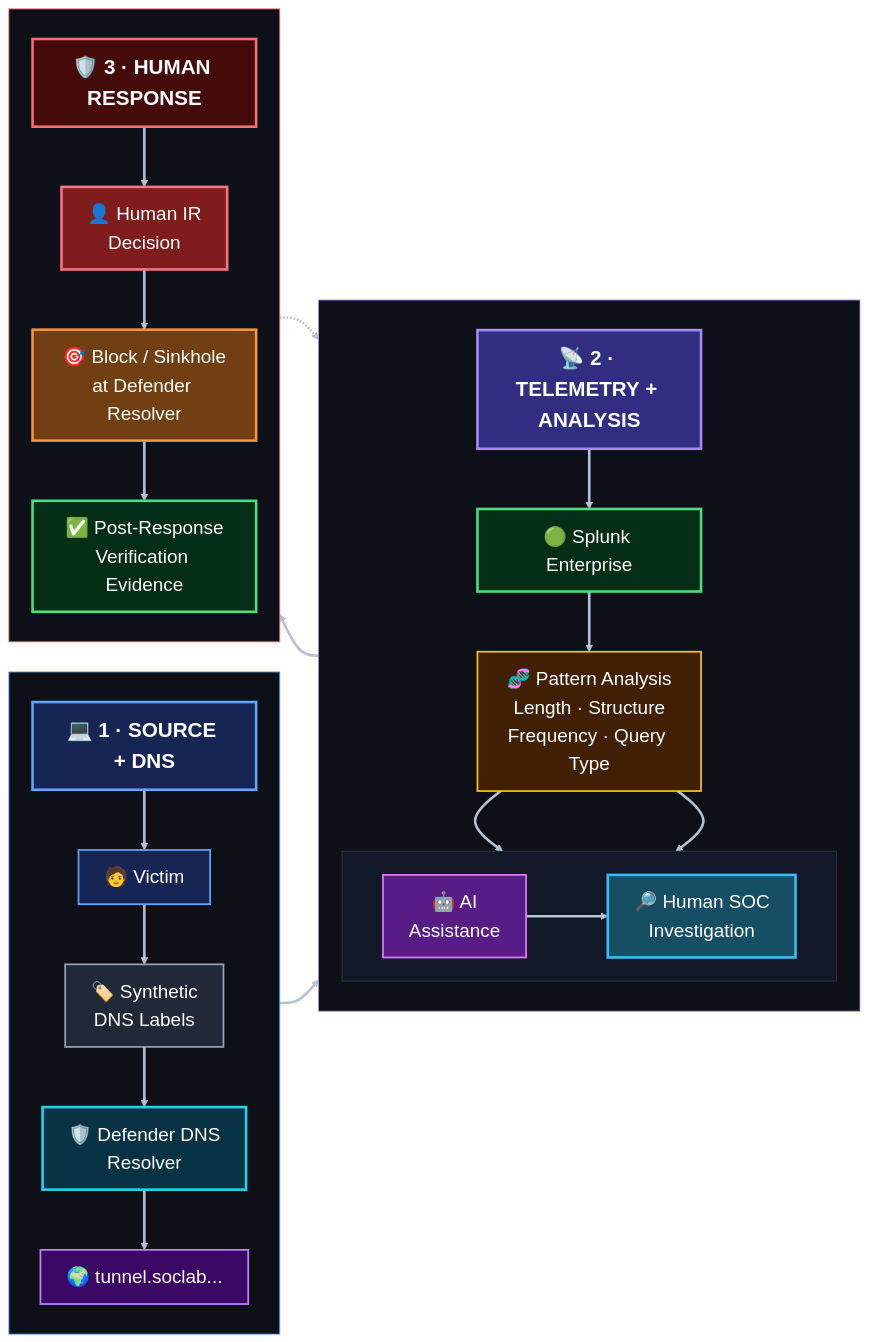
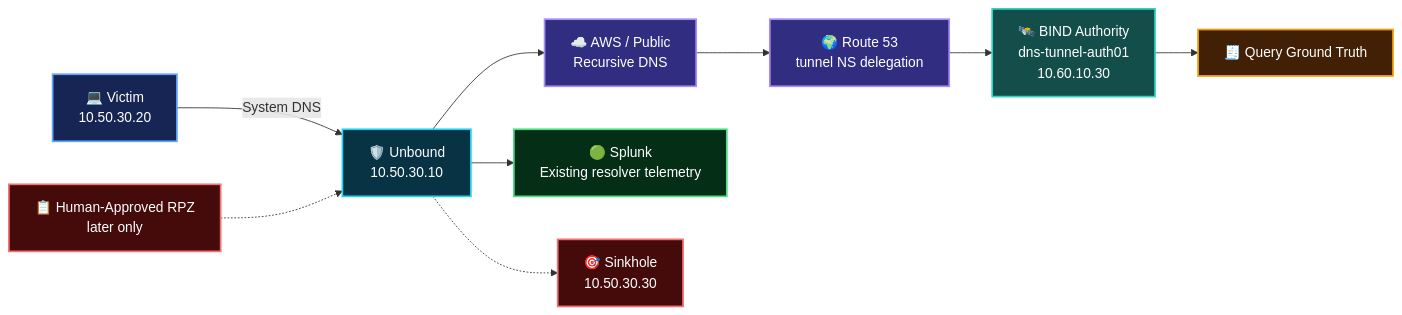
Before and after one commit to DNSentinel-Lab/Scenario-04-DNS-Tunneling: the diagram in README.md, drawn with Mermaid. The commit also changed other lines of this file and 1 other file, not shown here.

````diff
--- a/README.md
+++ b/README.md
@@ -53,146 +93,27 @@
 ```mermaid
-%%{init: {
-  "themeVariables": {
-    "fontSize": "22px"
-  },
-  "flowchart": {
-    "nodeSpacing": 35,
-    "rankSpacing": 45
-  }
-}}%%
+flowchart LR
+    V["💻 Victim<br/>10.50.30.20"] -->|System DNS| R["🛡️ Unbound<br/>10.50.30.10"]
+    R --> U["☁️ AWS / Public<br/>Recursive DNS"]
+    U --> D["🌍 Route 53<br/>tunnel NS delegation"]
+    D --> A["🛰️ BIND Authority<br/>dns-tunnel-auth01<br/>10.60.10.30"]
+    A --> G["🧾 Query Ground Truth"]
+    R --> S["🟢 Splunk<br/>Existing resolver telemetry"]
+    RPZ["📋 Human-Approved RPZ<br/>later only"] -.-> R
+    R -.-> H["🎯 Sinkhole<br/>10.50.30.30"]
 
-flowchart LR
+    classDef endpoint fill:#172554,stroke:#60a5fa,stroke-width:2px,color:#fff;
+    classDef resolver fill:#083344,stroke:#22d3ee,stroke-width:2px,color:#fff;
+    classDef cloud fill:#312e81,stroke:#a78bfa,stroke-width:2px,color:#fff;
+    classDef auth fill:#134e4a,stroke:#2dd4bf,stroke-width:2px,color:#fff;
+    classDef evidence fill:#422006,stroke:#f59e0b,stroke-width:2px,color:#fff;
+    classDef splunk fill:#052e16,stroke:#4ade80,stroke-width:2px,color:#fff;
+    classDef response fill:#450a0a,stroke:#f87171,stroke-width:2px,color:#fff;
 
-    %% =====================================================
-    %% 1 — SOURCE + DNS
-    %% =====================================================
-    subgraph S1[" "]
-        direction TB
-
-        H1["💻 1 · SOURCE + DNS"]
-
-        V["🧑 Victim"]
-        L["🏷️ Synthetic<br/>DNS Labels"]
-        R["🛡️ Defender DNS<br/>Resolver"]
-        D["🌍 tunnel.soclab..."]
-
-        H1 --> V --> L --> R --> D
-    end
-
-
-    %% =====================================================
-    %% 2 — TELEMETRY + ANALYSIS
-    %% =====================================================
-    subgraph S2[" "]
-        direction TB
-
-        H2["📡 2 · TELEMETRY + ANALYSIS"]
-
-        SPL["🟢 Splunk Enterprise"]
-
-        PAT["🧬 Pattern Analysis<br/>Length · Structure<br/>Frequency · Query Type"]
-
-        subgraph ANALYSIS[" "]
-            direction LR
-
-            AI["🤖 AI<br/>Assistance"]
-
-            SOC["🔎 Human SOC<br/>Investigation"]
-        end
-
-        H2 --> SPL --> PAT
-
-        PAT --> AI
-        PAT --> SOC
-        AI --> SOC
-    end
-
-
-    %% =====================================================
-    %% 3 — HUMAN RESPONSE
-    %% =====================================================
-    subgraph S3[" "]
-        direction TB
-
-        H3["🛡️ 3 · HUMAN RESPONSE"]
-
-        IR["👤 Human IR<br/>Decision"]
-
-        ACT["🎯 Block / Sinkhole<br/>at Defender Resolver"]
-
-        VERIFY["✅ Post-Response<br/>Verification Evidence"]
-
-        H3 --> IR --> ACT --> VERIFY
-    end
-
-
-    %% =====================================================
-    %% MAIN HORIZONTAL FLOW
-    %% =====================================================
-    R --> SPL
-    SOC --> IR
-
-    %% Verification returns to Splunk.
-    %% Response target is stated inside ACT,
-    %% avoiding a huge backward arrow to the resolver.
-    VERIFY -.-> SPL
-
-
-    %% =====================================================
-    %% HEADER STYLES — LARGE
-    %% =====================================================
-    classDef h1 fill:#172554,stroke:#60a5fa,stroke-width:3px,color:#ffffff,font-size:24px,font-weight:bold;
-    classDef h2 fill:#312e81,stroke:#a78bfa,stroke-width:3px,color:#ffffff,font-size:24px,font-weight:bold;
-    classDef h3 fill:#450a0a,stroke:#f87171,stroke-width:3px,color:#ffffff,font-size:24px,font-weight:bold;
-
-    class H1 h1;
-    class H2 h2;
-    class H3 h3;
-
-
-    %% =====================================================
-    %% NODE STYLES — LARGE
-    %% =====================================================
-    classDef source fill:#172554,stroke:#60a5fa,stroke-width:2px,color:#ffffff,font-size:22px;
-    classDef labels fill:#1f2937,stroke:#94a3b8,stroke-width:2px,color:#ffffff,font-size:22px;
-    classDef resolver fill:#083344,stroke:#22d3ee,stroke-width:3px,color:#ffffff,font-size:22px;
-    classDef domain fill:#3b0764,stroke:#c084fc,stroke-width:2px,color:#ffffff,font-size:22px;
-
-    classDef splunk fill:#052e16,stroke:#4ade80,stroke-width:3px,color:#ffffff,font-size:22px;
-    classDef pattern fill:#422006,stroke:#fbbf24,stroke-width:2px,color:#ffffff,font-size:22px;
-    classDef ai fill:#581c87,stroke:#e879f9,stroke-width:2px,color:#ffffff,font-size:22px;
-    classDef soc fill:#164e63,stroke:#38bdf8,stroke-width:3px,color:#ffffff,font-size:22px;
-
-    classDef ir fill:#7f1d1d,stroke:#fb7185,stroke-width:3px,color:#ffffff,font-size:22px;
-    classDef action fill:#713f12,stroke:#fb923c,stroke-width:3px,color:#ffffff,font-size:22px;
-    classDef verify fill:#052e16,stroke:#4ade80,stroke-width:3px,color:#ffffff,font-size:22px;
-
-    class V source;
-    class L labels;
+    class V endpoint;
     class R resolver;
-    class D domain;
-
-    class SPL splunk;
-    class PAT pattern;
-    class AI ai;
-    class SOC soc;
-
-    class IR ir;
-    class ACT action;
-    class VERIFY verify;
-
-
-    %% =====================================================
-    %% CONTAINERS
-    %% =====================================================
-    style S1 fill:#0d1117,stroke:#60a5fa,stroke-width:1px
-    style S2 fill:#0d1117,stroke:#a78bfa,stroke-width:1px
-    style S3 fill:#0d1117,stroke:#f87171,stroke-width:1px
-    style ANALYSIS fill:#111827,stroke:#30363d,stroke-width:1px
-
-
-    %% =====================================================
-    %% EDGES
-    %% =====================================================
-    linkStyle default stroke:#b6c2d1,stroke-width:3px
+    class U,D cloud;
+    class A auth;
+    class G evidence;
+    class S splunk;
+    class RPZ,H response;
 ```
````
